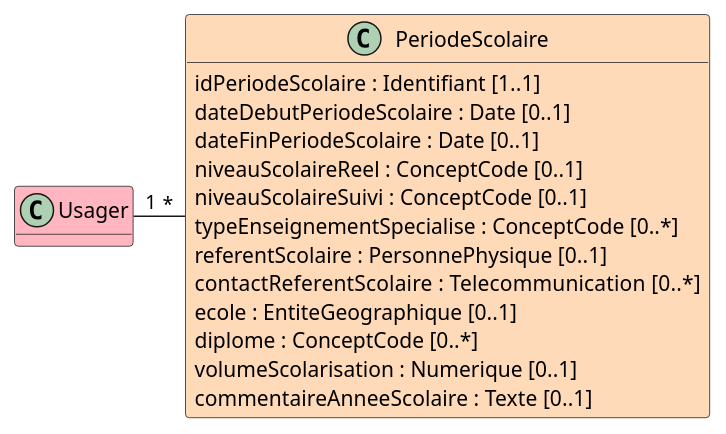
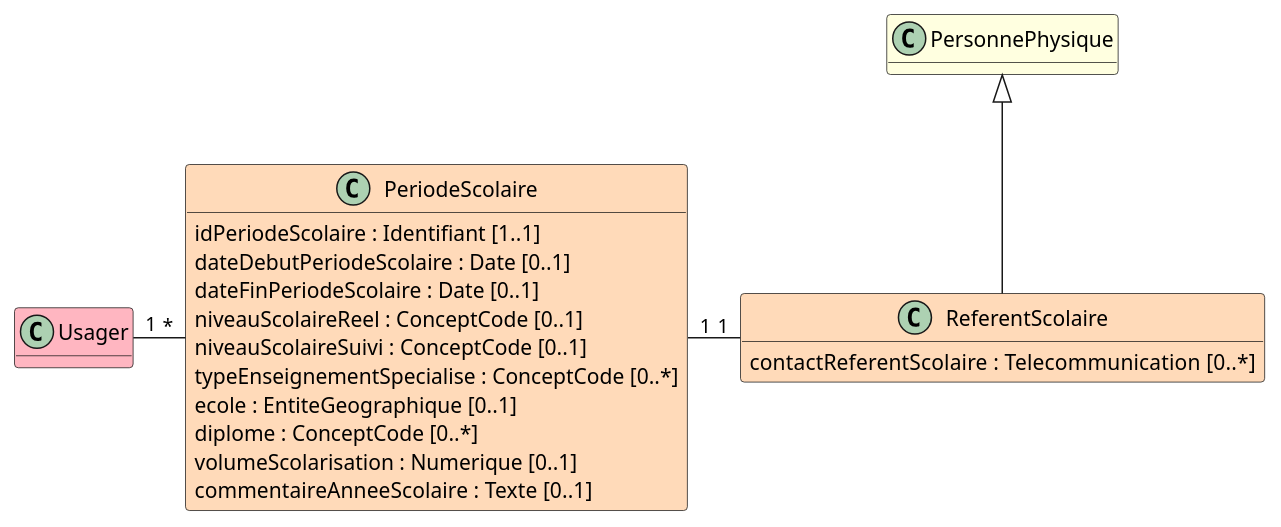
One commit to ansforge/IG-fhir-medicosocial-transfert-donnees-dui changed the diagram in input/images-source/bloc_periode_scolaire.plantuml. Above: the diagram before and after it, drawn with PlantUML. The commit also changed 2 other files, not shown here.

Commit message:
maj modelisation ref scolaire

```diff
--- a/input/images-source/bloc_periode_scolaire.plantuml
+++ b/input/images-source/bloc_periode_scolaire.plantuml
@@ -1,24 +1,30 @@
 @startuml
 
 hide empty methods
 
 class Usager #LightPink
+
+class PersonnePhysique #LightYellow
 
 class PeriodeScolaire #PeachPuff {
     idPeriodeScolaire : Identifiant [1..1]
     dateDebutPeriodeScolaire : Date [0..1]
     dateFinPeriodeScolaire : Date [0..1]
     niveauScolaireReel : ConceptCode [0..1]
     niveauScolaireSuivi : ConceptCode [0..1]
     typeEnseignementSpecialise : ConceptCode [0..*]
-    referentScolaire : PersonnePhysique [0..1]
-    contactReferentScolaire  : Telecommunication [0..*]
     ecole : EntiteGeographique [0..1]
     diplome : ConceptCode [0..*]
     volumeScolarisation : Numerique [0..1]
     commentaireAnneeScolaire : Texte [0..1]
 }
 
+class ReferentScolaire #PeachPuff {
+    contactReferentScolaire  : Telecommunication [0..*]
+}
+
 Usager "1" - "*" PeriodeScolaire
+PersonnePhysique <|-- ReferentScolaire
+PeriodeScolaire "1" - "1" ReferentScolaire
 
 @enduml
```
